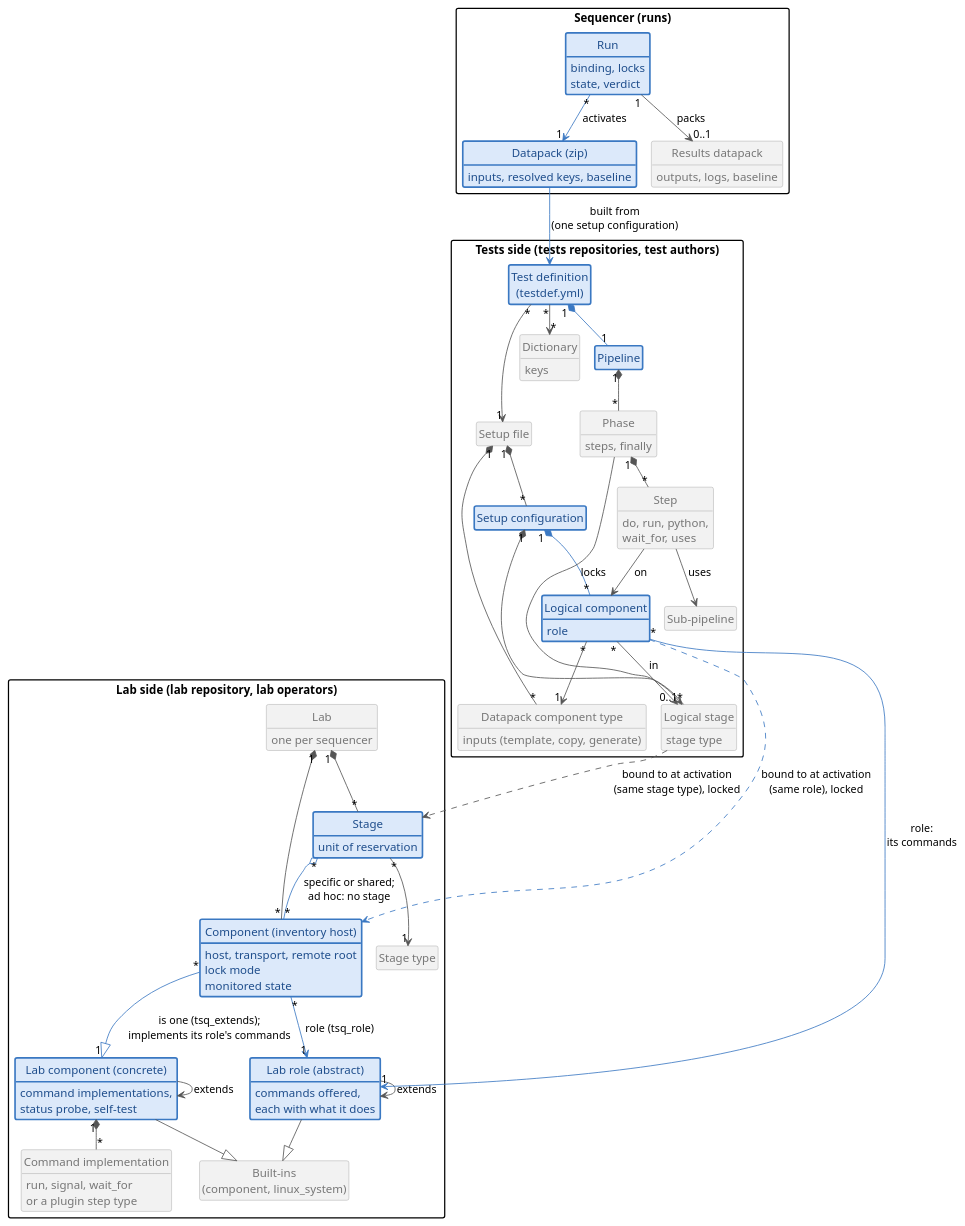
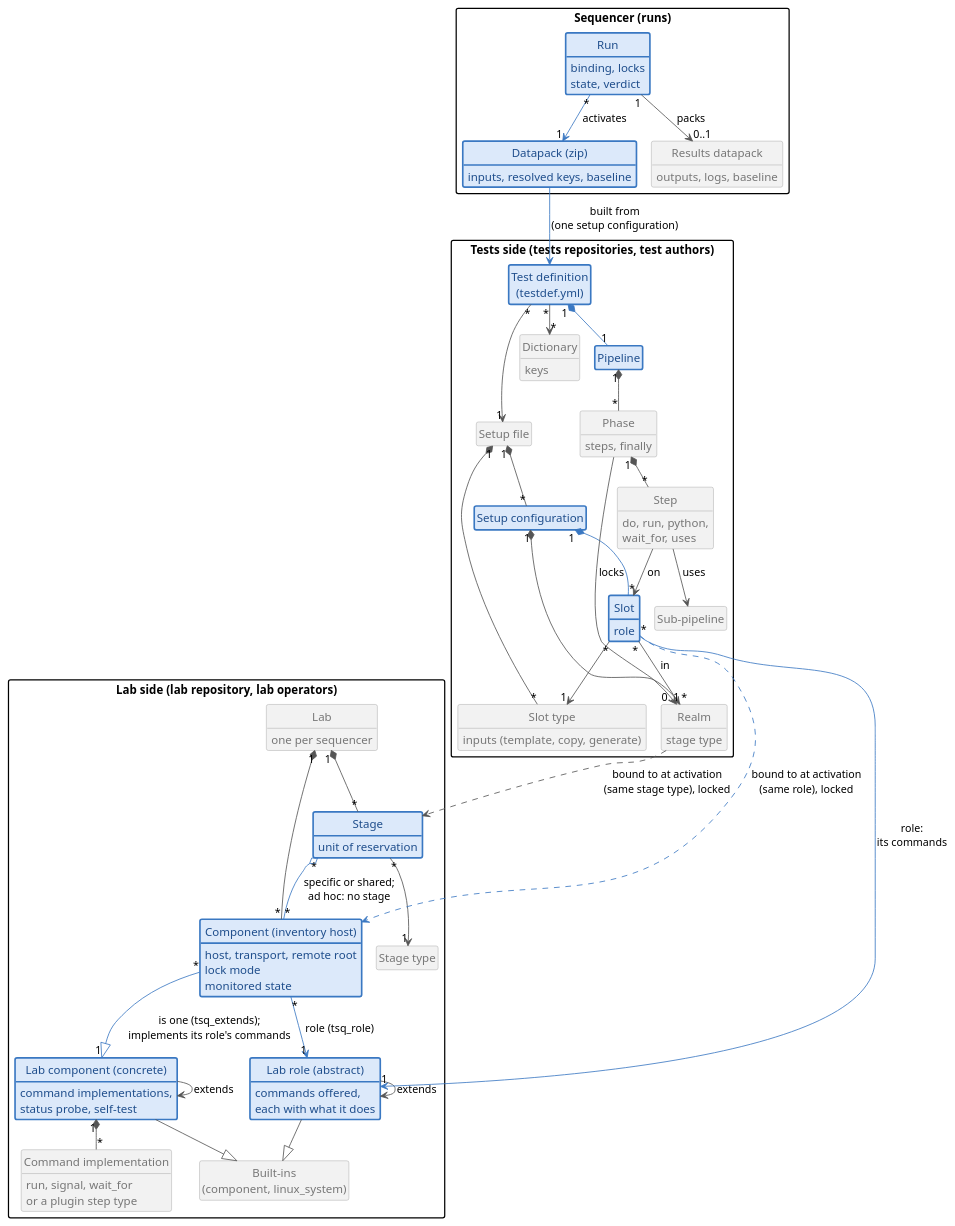
The diagram in docs/diagrams/data_model.puml (laurentmldev/testsuit), drawn with PlantUML before and after one commit. The commit also changed 10 other files, not shown here.

First line of the commit message:
Restructure the sequencer README around a user manual

```diff
--- a/docs/diagrams/data_model.puml
+++ b/docs/diagrams/data_model.puml
@@ -1,118 +1,118 @@
 @startuml data_model
 !pragma layout smetana
 skinparam shadowing false
 skinparam defaultFontName Helvetica
 skinparam ArrowColor #555555
 skinparam classAttributeIconSize 0
 skinparam packageStyle rectangle
 hide circle
 hide empty members
 skinparam class {
   BackgroundColor #F2F2F2
   BorderColor #9A9A9A
   FontColor #555555
   AttributeFontColor #777777
 }
 
 package "Lab side (lab repository, lab operators)" as labside {
   class "Lab" as Lab {
     one per sequencer
   }
   class "Stage" as Stage #DCE9FA;line:3A78C2;line.bold;text:1F4E8C {
     unit of reservation
   }
   class "Stage type" as StageType
   class "Component (inventory host)" as Component #DCE9FA;line:3A78C2;line.bold;text:1F4E8C {
     host, transport, remote root
     lock mode
     monitored state
   }
   class "Lab role (abstract)" as LabRole #DCE9FA;line:3A78C2;line.bold;text:1F4E8C {
     commands offered,
     each with what it does
   }
   class "Lab component (concrete)" as LabComp #DCE9FA;line:3A78C2;line.bold;text:1F4E8C {
     command implementations,
     status probe, self-test
   }
   class "Built-ins\n(component, linux_system)" as BaseType
   class "Command implementation" as Command {
     run, signal, wait_for
     or a plugin step type
   }
 }
 
 package "Tests side (tests repositories, test authors)" as testside {
   class "Test definition\n(testdef.yml)" as TestDef #DCE9FA;line:3A78C2;line.bold;text:1F4E8C
   class "Setup file" as Setup
   class "Setup configuration" as SetupConf #DCE9FA;line:3A78C2;line.bold;text:1F4E8C
-  class "Logical stage" as LStage {
+  class "Realm" as LStage {
     stage type
   }
-  class "Logical component" as LComp #DCE9FA;line:3A78C2;line.bold;text:1F4E8C {
+  class "Slot" as LComp #DCE9FA;line:3A78C2;line.bold;text:1F4E8C {
     role
   }
-  class "Datapack component type" as DpType {
+  class "Slot type" as DpType {
     inputs (template, copy, generate)
   }
   class "Dictionary" as Dict {
     keys
   }
   class "Pipeline" as Pipeline #DCE9FA;line:3A78C2;line.bold;text:1F4E8C
   class "Phase" as Phase {
     steps, finally
   }
   class "Step" as Step {
     do, run, python,
     wait_for, uses
   }
   class "Sub-pipeline" as SubPipe
 }
 
 package "Sequencer (runs)" as runside {
   class "Datapack (zip)" as Datapack #DCE9FA;line:3A78C2;line.bold;text:1F4E8C {
     inputs, resolved keys, baseline
   }
   class "Run" as Run #DCE9FA;line:3A78C2;line.bold;text:1F4E8C {
     binding, locks
     state, verdict
   }
   class "Results datapack" as Results {
     outputs, logs, baseline
   }
 }
 
 Lab "1" *-- "*" Stage
 Lab "1" *-- "*" Component
 Stage "*" o-[#3A78C2]- "*" Component : specific or shared;\nad hoc: no stage
 Stage "*" --> "1" StageType
 Component "*" -[#3A78C2]-> "1" LabRole : role (tsq_role)
 Component "*" -[#3A78C2]-|> "1" LabComp : is one (tsq_extends);\nimplements its role's commands
 LabRole --> LabRole : extends
 LabComp --> LabComp : extends
 LabRole --|> BaseType
 LabComp --|> BaseType
 LabComp "1" *-- "*" Command
 
 TestDef "*" --> "1" Setup
 TestDef "1" *-[#3A78C2]- "1" Pipeline
 TestDef "*" --> "*" Dict
 Setup "1" *-- "*" SetupConf
 Setup "1" *-- "*" DpType
 SetupConf "1" *-- "*" LStage
 SetupConf "1" *-[#3A78C2]- "*" LComp
 LComp "*" --> "0..1" LStage : in
 LComp "*" --> "1" DpType
 LComp "*" -[#3A78C2]-> "1" LabRole : role:\nits commands
 Pipeline "1" *-- "*" Phase
 Phase "1" *-- "*" Step
 Step --> SubPipe : uses
 Step --> LComp : on
 Phase --> LStage : locks
 
 Datapack -[#3A78C2]-> TestDef : built from\n(one setup configuration)
 Run "*" -[#3A78C2]-> "1" Datapack : activates
 LStage ..> Stage : bound to at activation\n(same stage type), locked
 LComp .[#3A78C2].> Component : bound to at activation\n(same role), locked
 Run "1" --> "0..1" Results : packs
 @enduml
```
